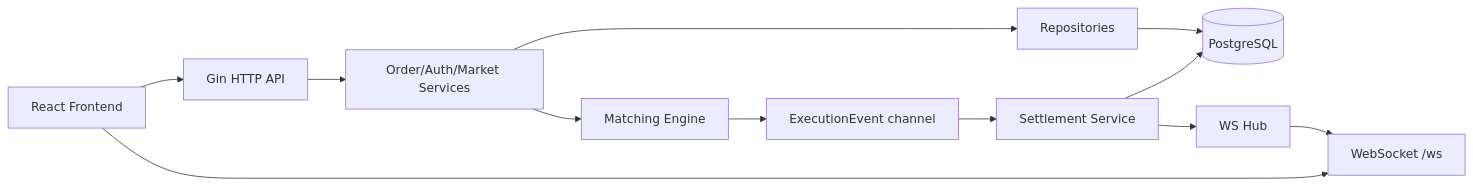
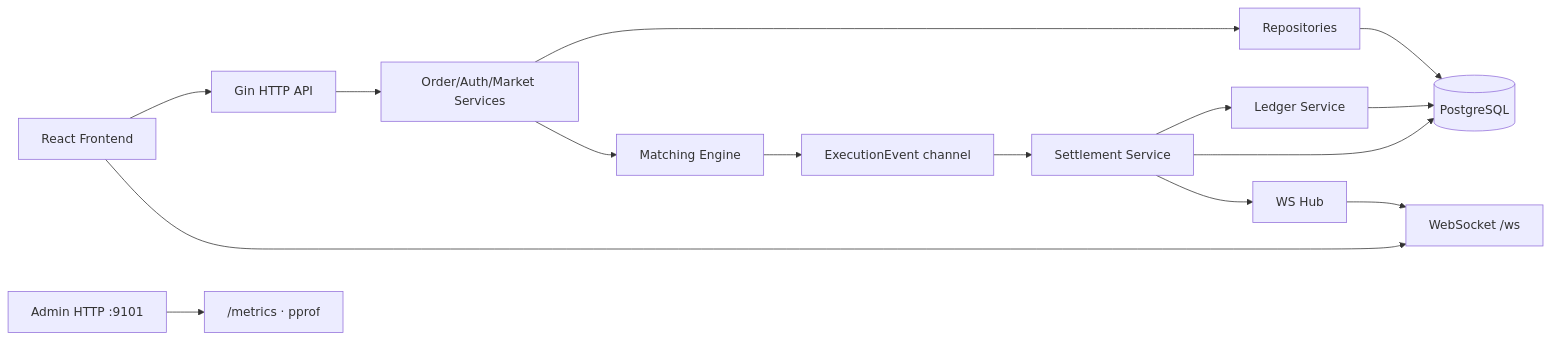
Before and after one commit to Go-Exchange-Project/Go-exchange-back: the first of 4 diagrams in docs/ARCHITECTURE.md, drawn with Mermaid. The commit also changed other lines of this file and 4 other files, not shown here.

````diff
--- a/docs/ARCHITECTURE.md
+++ b/docs/ARCHITECTURE.md
@@ -7,14 +7,17 @@
 ```mermaid
 flowchart LR
     FE["React Frontend"] --> API["Gin HTTP API"]
     FE --> WS["WebSocket /ws"]
     API --> Service["Order/Auth/Market Services"]
     Service --> Repo["Repositories"]
     Repo --> DB[("PostgreSQL")]
     Service --> Engine["Matching Engine"]
     Engine --> Events["ExecutionEvent channel"]
     Events --> Settlement["Settlement Service"]
+    Settlement --> Ledger["Ledger Service"]
+    Ledger --> DB
     Settlement --> DB
     Settlement --> Hub["WS Hub"]
     Hub --> WS
+    Admin["Admin HTTP :9101"] --> Obs["/metrics · pprof"]
 ```
````
